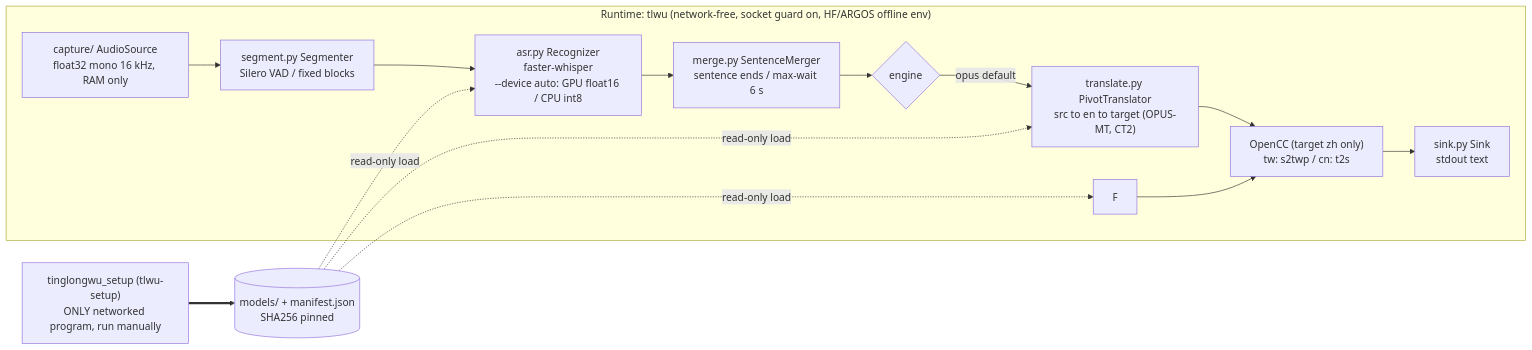
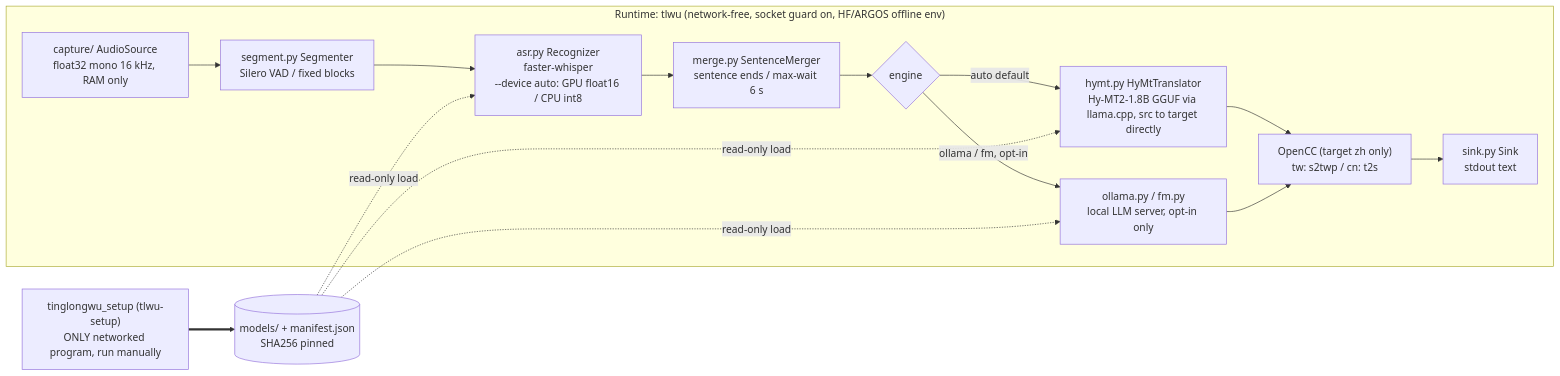
The diagram in docs/ARCHITECTURE.md (sunososobro-hub/tinglongwu), drawn with Mermaid before and after one commit. The commit also changed other lines of this file and 2 other files, not shown here.

Commit message:
docs(architecture): Hy-MT2 is the default engine, OPUS-MT row replaced (#471)
Refs #1054

Claude-Session: https://claude.ai/code/session_011762LPxwq1tRcTzWXFT3mJ

````diff
--- a/docs/ARCHITECTURE.md
+++ b/docs/ARCHITECTURE.md
@@ -11,17 +11,18 @@
 ```mermaid
 flowchart LR
   subgraph RT["Runtime: tlwu (network-free, socket guard on, HF/ARGOS offline env)"]
     A["capture/ AudioSource<br/>float32 mono 16 kHz, RAM only"] --> B["segment.py Segmenter<br/>Silero VAD / fixed blocks"]
     B --> C["asr.py Recognizer<br/>faster-whisper<br/>--device auto: GPU float16 / CPU int8"]
     C --> MG["merge.py SentenceMerger<br/>sentence ends / max-wait 6 s"]
     MG --> D{"engine"}
-    D -->|opus default| E["translate.py PivotTranslator<br/>src to en to target (OPUS-MT, CT2)"]
+    D -->|auto default| E["hymt.py HyMtTranslator<br/>Hy-MT2-1.8B GGUF via llama.cpp, src to target directly"]
+    D -->|ollama / fm, opt-in| F["ollama.py / fm.py<br/>local LLM server, opt-in only"]
     E --> G["OpenCC (target zh only)<br/>tw: s2twp / cn: t2s"]
     F --> G
     G --> H["sink.py Sink<br/>stdout text"]
   end
   M[("models/ + manifest.json<br/>SHA256 pinned")] -. "read-only load" .-> C
   M -. "read-only load" .-> E
   M -. "read-only load" .-> F
   DL["tinglongwu_setup (tlwu-setup)<br/>ONLY networked program, run manually"] ==> M
 ```
````
